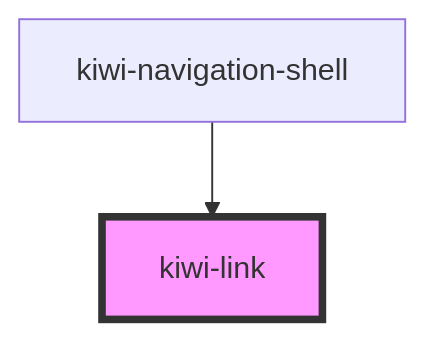
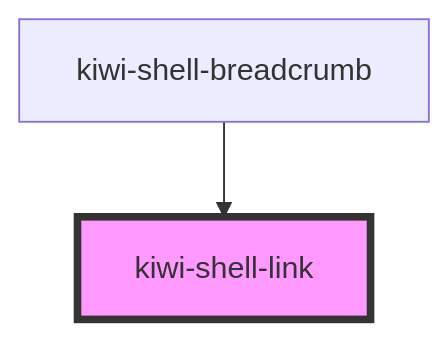
Before and after one commit to kiwigrid/kiwi-components: the diagram in packages/navigation-shell/src/components/kiwi-shell-link/readme.md, drawn with Mermaid. The commit also changed other lines of this file and 24 other files, not shown here.

Commit message:
feat(kiwi-navigation-shell): add navigation shell components

````diff
--- a/packages/navigation-shell/src/components/kiwi-shell-link/readme.md
+++ b/packages/navigation-shell/src/components/kiwi-shell-link/readme.md
@@ -23,5 +24,5 @@
 ```mermaid
 graph TD;
-  kiwi-navigation-shell --> kiwi-link
-  style kiwi-link fill:#f9f,stroke:#333,stroke-width:4px
+  kiwi-shell-breadcrumb --> kiwi-shell-link
+  style kiwi-shell-link fill:#f9f,stroke:#333,stroke-width:4px
 ```
````
